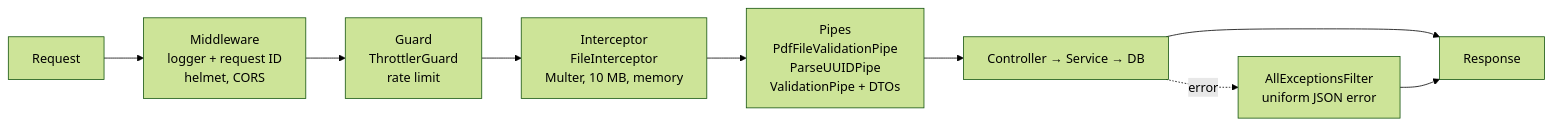
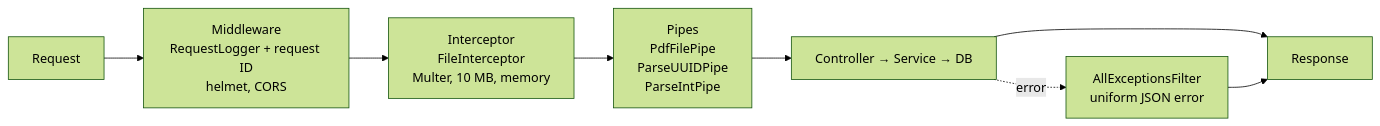
One commit to dipakmahajan01/-pdf-report-extractor changed the second of 5 diagrams in docs/HLD.md. Above: the diagram before and after it, drawn with Mermaid (forest theme). The commit also changed other lines of this file, not shown here.

````diff
--- a/docs/HLD.md
+++ b/docs/HLD.md
@@ -107,11 +107,10 @@
 ```mermaid
 flowchart LR
-    REQ[Request] --> MW[Middleware<br/>logger + request ID<br/>helmet, CORS]
-    MW --> GD[Guard<br/>ThrottlerGuard<br/>rate limit]
-    GD --> IC[Interceptor<br/>FileInterceptor<br/>Multer, 10 MB, memory]
-    IC --> PP[Pipes<br/>PdfFileValidationPipe<br/>ParseUUIDPipe<br/>ValidationPipe + DTOs]
+    REQ[Request] --> MW[Middleware<br/>RequestLogger + request ID<br/>helmet, CORS]
+    MW --> IC[Interceptor<br/>FileInterceptor<br/>Multer, 10 MB, memory]
+    IC --> PP[Pipes<br/>PdfFilePipe<br/>ParseUUIDPipe<br/>ParseIntPipe]
     PP --> CT[Controller → Service → DB]
     CT --> RES[Response]
     CT -.error.-> EF[AllExceptionsFilter<br/>uniform JSON error]
     EF --> RES
 ```
````
